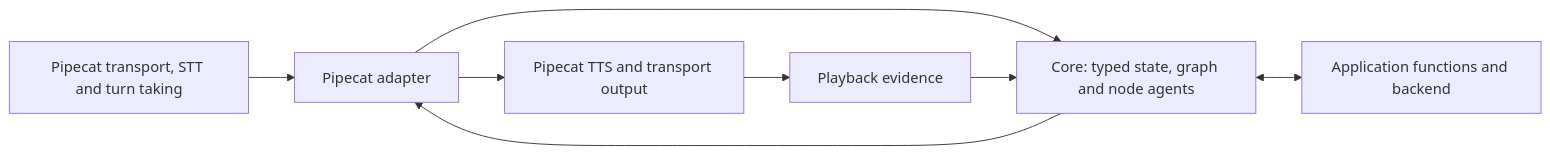
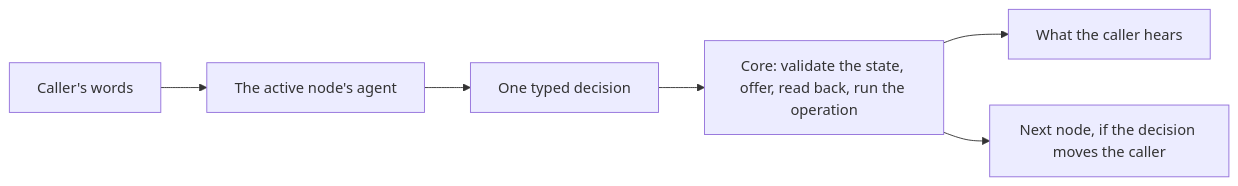
Before and after one commit to slng-ai/unmute-beat: the first of 2 diagrams in README.md, drawn with Mermaid. The commit also changed other lines of this file and 6 other files, not shown here.

First line of the commit message:
Explain the typed-node approach: README and architecture guide on the v2 salon

````diff
--- a/README.md
+++ b/README.md
@@ -30,10 +16,8 @@
 ```mermaid
 flowchart LR
-    Input["Pipecat transport, STT and turn taking"] --> Adapter["Pipecat adapter"]
-    Adapter --> Core["Core: typed state, graph and node agents"]
-    Core <--> Functions["Application functions and backend"]
-    Core --> Adapter
-    Adapter --> Output["Pipecat TTS and transport output"]
-    Output --> Playback["Playback evidence"]
-    Playback --> Core
+    Caller["Caller's words"] --> Node["The active node's agent"]
+    Node --> Decision["One typed decision"]
+    Decision --> Code["Core: validate the state, offer, read back, run the operation"]
+    Code --> Speech["What the caller hears"]
+    Code --> Next["Next node, if the decision moves the caller"]
 ```
````
